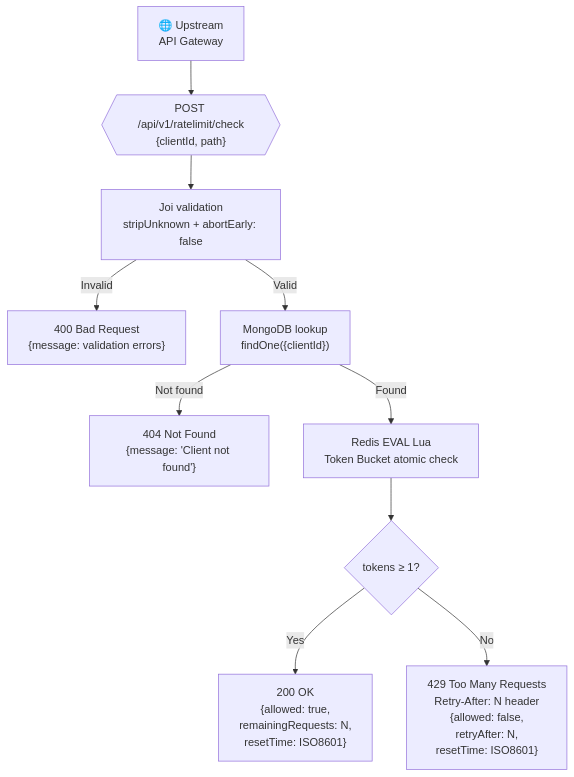
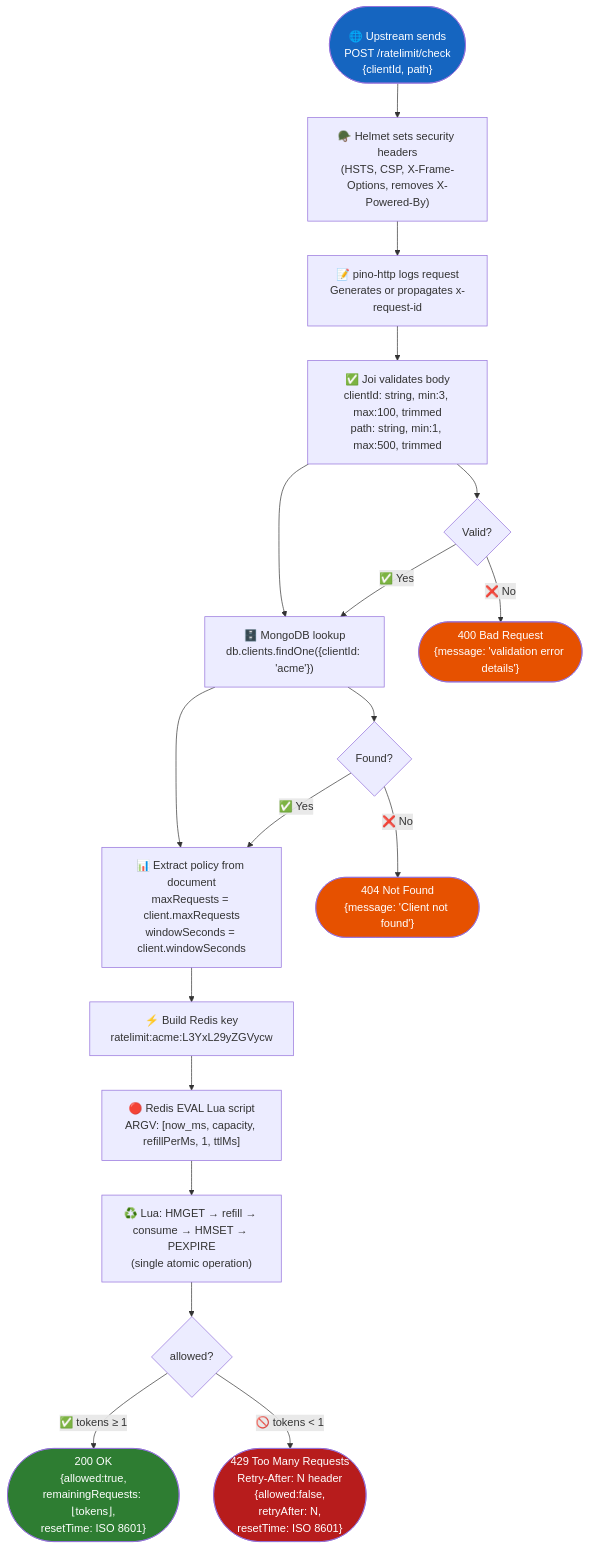
The seventh of 16 diagrams in projectdocumentation.md (ramalokeshreddyp/RateGuard), drawn with Mermaid before and after one commit. The commit also changed other lines of this file and 2 other files, not shown here.

Commit message:
docs: comprehensive rewrite of README, ARCHITECTURE, and projectdocumentation with rich MermaidJS diagrams

````diff
--- a/projectdocumentation.md
+++ b/projectdocumentation.md
@@ -152,14 +302,38 @@
 ```mermaid
 flowchart TD
-    U["🌐 Upstream\nAPI Gateway"] --> A{{"POST /api/v1/ratelimit/check\n{clientId, path}"}}
+    START(["\n🌐 Upstream sends\nPOST /ratelimit/check\n{clientId, path}\n"]) --> A
 
-    A --> V["Joi validation\nstripUnknown + abortEarly: false"]
-    V -->|Invalid| E1["400 Bad Request\n{message: validation errors}"]
-    V -->|Valid| P["MongoDB lookup\nfindOne({clientId})"]
-    P -->|Not found| E2["404 Not Found\n{message: 'Client not found'}"]
-    P -->|Found| L["Redis EVAL Lua\nToken Bucket atomic check"]
+    A["🪖 Helmet sets security headers\n(HSTS, CSP, X-Frame-Options, removes X-Powered-By)"] --> B
 
-    L --> D{tokens ≥ 1?}
-    D -->|Yes| OK["200 OK\n{allowed: true,\nremainingRequests: N,\nresetTime: ISO8601}"]
-    D -->|No| NO["429 Too Many Requests\nRetry-After: N header\n{allowed: false,\nretryAfter: N,\nresetTime: ISO8601}"]
+    B["📝 pino-http logs request\nGenerates or propagates x-request-id"] --> C
+
+    C["✅ Joi validates body\nclientId: string, min:3, max:100, trimmed\npath: string, min:1, max:500, trimmed"] --> D1 & D2
+
+    D1{Valid?}
+    D1 -->|"❌ No"| R400(["400 Bad Request\n{message: 'validation error details'}"])
+    D1 -->|"✅ Yes"| D2
+
+    D2["🗄️ MongoDB lookup\ndb.clients.findOne({clientId: 'acme'})"] --> E1 & E2
+
+    E1{Found?}
+    E1 -->|"❌ No"| R404(["404 Not Found\n{message: 'Client not found'}"])
+    E1 -->|"✅ Yes"| E2
+
+    E2["📊 Extract policy from document\nmaxRequests = client.maxRequests\nwindowSeconds = client.windowSeconds"] --> F
+
+    F["⚡ Build Redis key\nratelimit:acme:L3YxL29yZGVycw"] --> G
+
+    G["🔴 Redis EVAL Lua script\nARGV: [now_ms, capacity, refillPerMs, 1, ttlMs]"] --> H
+
+    H["♻️ Lua: HMGET → refill → consume → HMSET → PEXPIRE\n(single atomic operation)"] --> I
+
+    I{allowed?}
+    I -->|"✅ tokens ≥ 1"| R200(["200 OK\n{allowed:true,\nremainingRequests: ⌊tokens⌋,\nresetTime: ISO 8601}"])
+    I -->|"🚫 tokens < 1"| R429(["429 Too Many Requests\nRetry-After: N header\n{allowed:false,\nretryAfter: N,\nresetTime: ISO 8601}"])
+
+    style START fill:#1565C0,color:#fff
+    style R400 fill:#e65100,color:#fff
+    style R404 fill:#e65100,color:#fff
+    style R200 fill:#2e7d32,color:#fff
+    style R429 fill:#b71c1c,color:#fff
 ```
````
